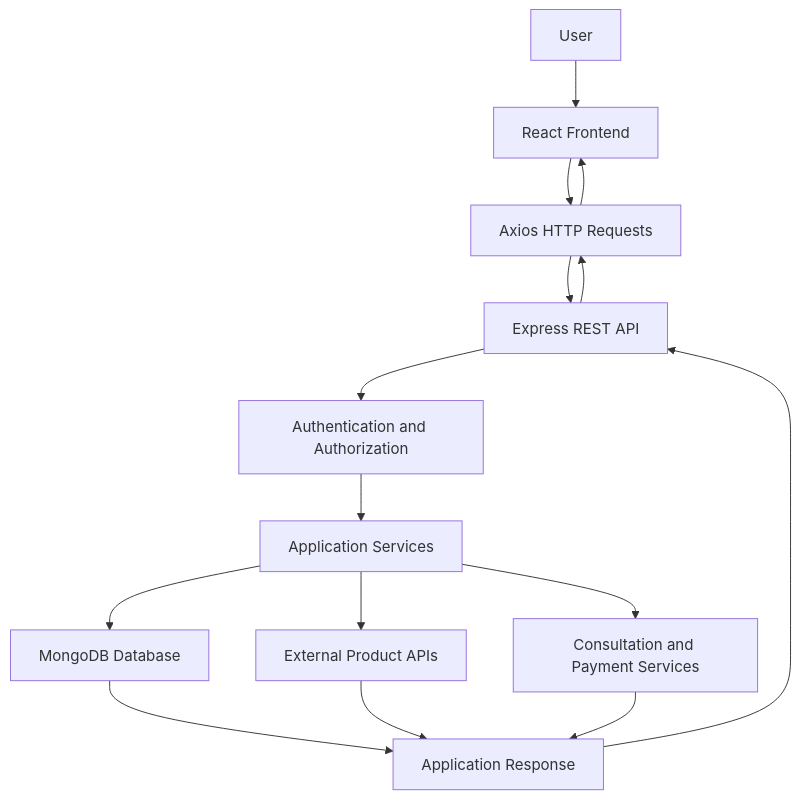
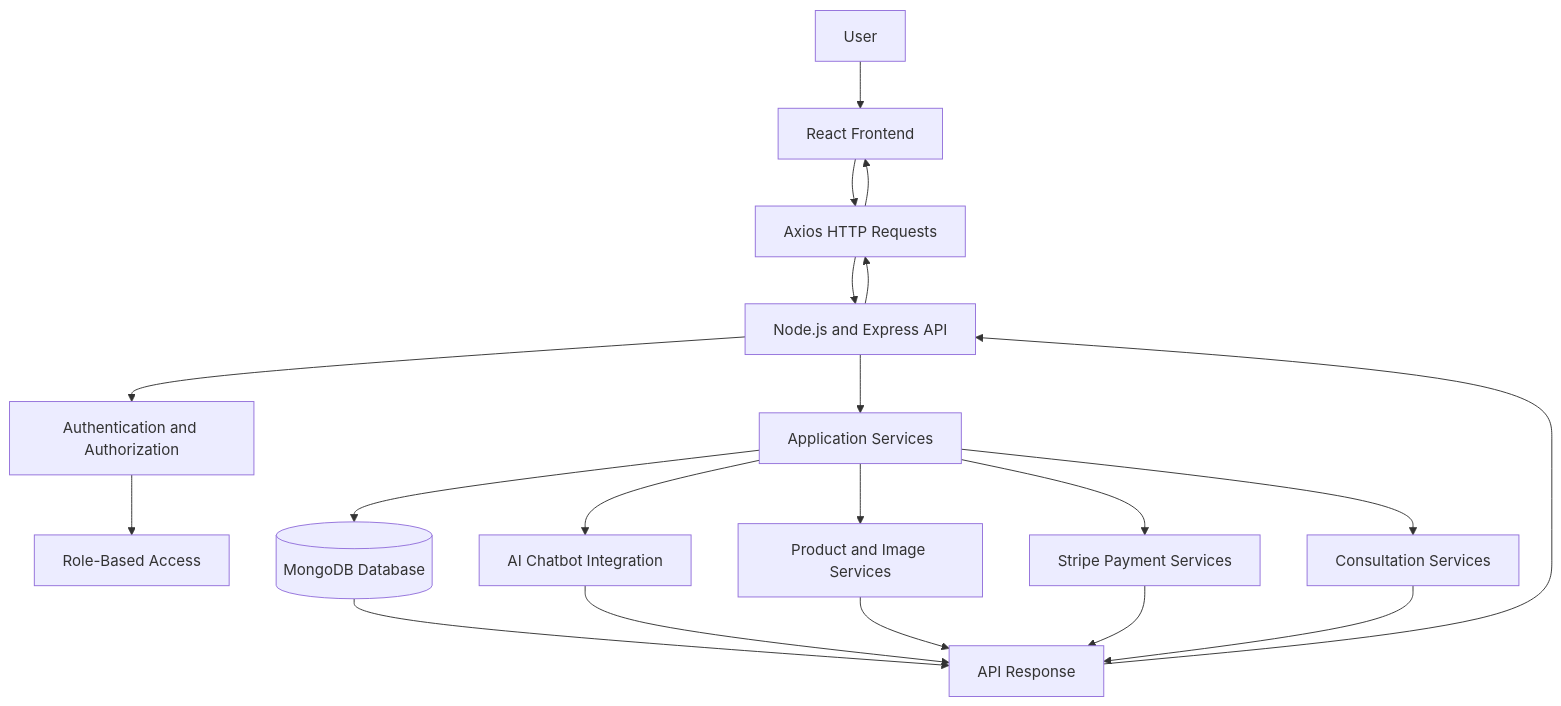
One commit to Tuhfa2512/SkinBloom changed the diagram in README.md. Above: the diagram before and after it, drawn with Mermaid. The commit also changed other lines of this file, not shown here.

````diff
--- a/README.md
+++ b/README.md
@@ -91,17 +178,27 @@
 ```mermaid
 flowchart TD
     A[User] --> B[React Frontend]
     B --> C[Axios HTTP Requests]
-    C --> D[Express REST API]
+    C --> D[Node.js and Express API]
+
     D --> E[Authentication and Authorization]
-    E --> F[Application Services]
-    F --> G[MongoDB Database]
-    F --> H[External Product APIs]
-    F --> I[Consultation and Payment Services]
-    G --> J[Application Response]
-    H --> J
-    I --> J
-    J --> D
+    D --> F[Application Services]
+
+    E --> G[Role-Based Access]
+
+    F --> H[(MongoDB Database)]
+    F --> I[AI Chatbot Integration]
+    F --> J[Product and Image Services]
+    F --> K[Stripe Payment Services]
+    F --> L[Consultation Services]
+
+    H --> M[API Response]
+    I --> M
+    J --> M
+    K --> M
+    L --> M
+
+    M --> D
     D --> C
     C --> B
 ```
````
